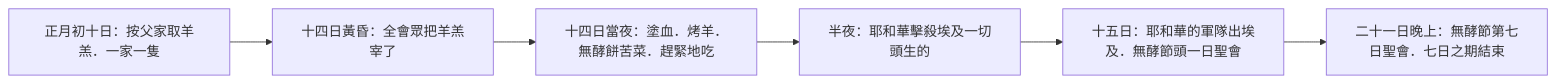
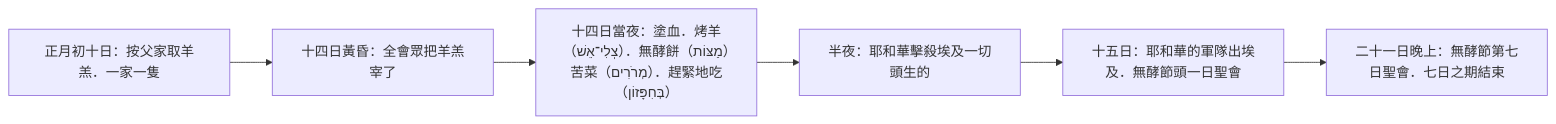
Before and after one commit to andyjr5566/Bible_wiki_zh_website: the first of 2 diagrams in content/02 出埃及記/第12章.md, drawn with Mermaid. The commit also changed other lines of this file and 641 other files, not shown here.

````diff
--- a/content/02 出埃及記/第12章.md
+++ b/content/02 出埃及記/第12章.md
@@ -156,8 +156,8 @@
 ```mermaid
 flowchart LR
     A["正月初十日：按父家取羊羔．一家一隻"] --> B["十四日黃昏：全會眾把羊羔宰了"]
-    B --> C["十四日當夜：塗血．烤羊．無酵餅苦菜．趕緊地吃"]
+    B --> C["十四日當夜：塗血．烤羊（צְלִי־אֵשׁ）．無酵餅（מַצּוֹת）苦菜（מְרֹרִים）．趕緊地吃（בְּחִפָּזוֹן）"]
     C --> D["半夜：耶和華擊殺埃及一切頭生的"]
     D --> E["十五日：耶和華的軍隊出埃及．無酵節頭一日聖會"]
     E --> F["二十一日晚上：無酵節第七日聖會．七日之期結束"]
 ```
````
